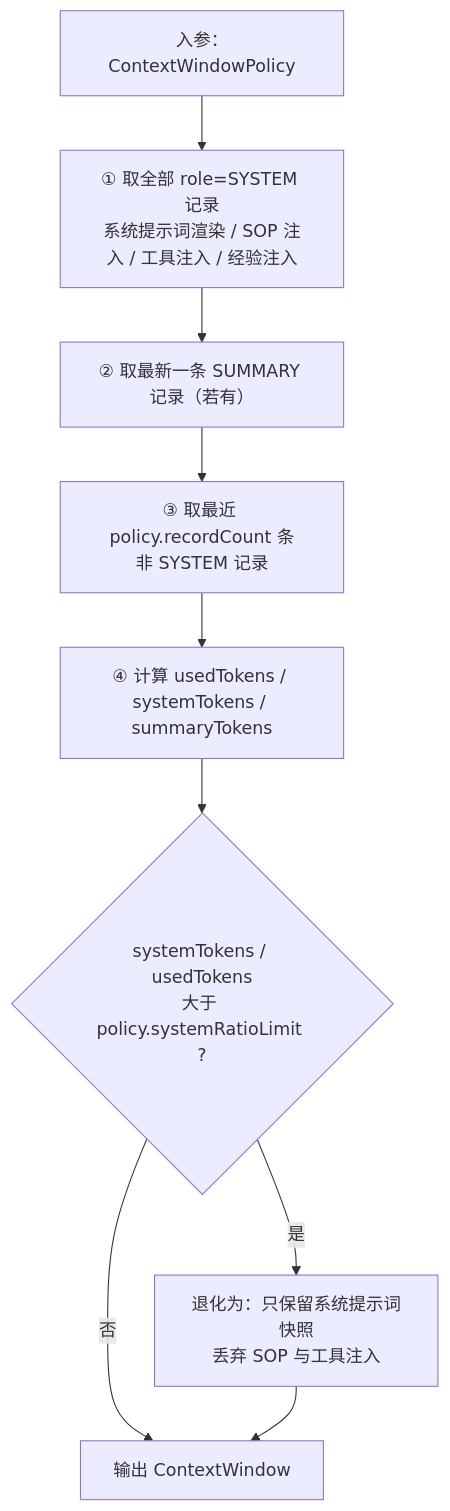
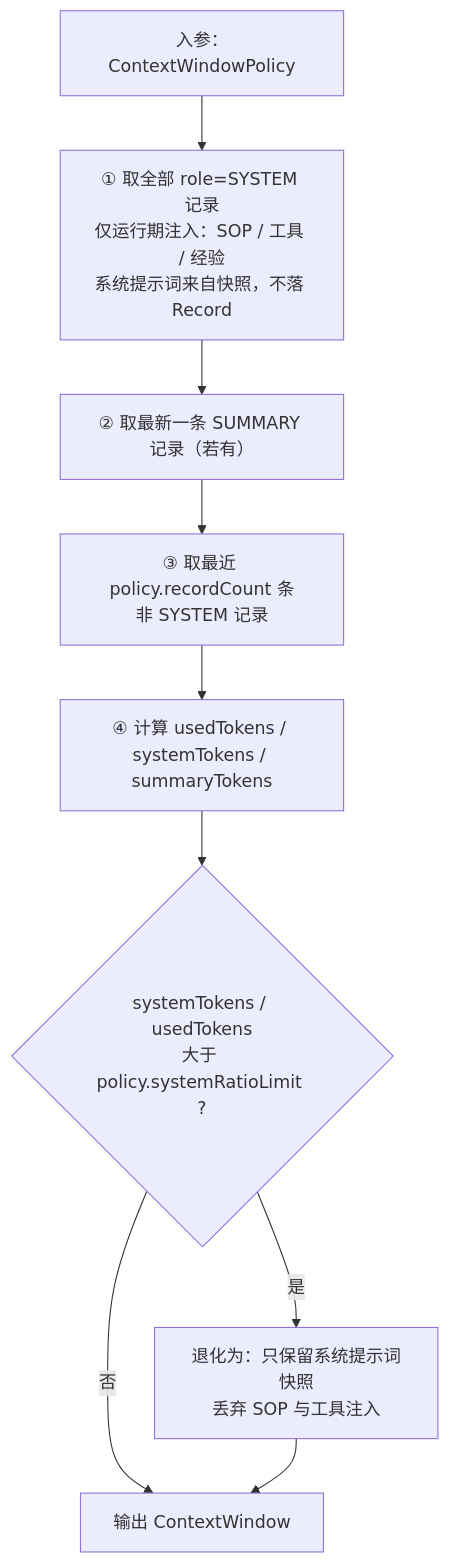
The sixth of 6 diagrams in model/模块-感知.md (zcd0831/Jellyfish-Docs), drawn with Mermaid before and after one commit. The commit also changed other lines of this file and 5 other files, not shown here.

````diff
--- a/model/模块-感知.md
+++ b/model/模块-感知.md
@@ -480,10 +481,10 @@
 ```mermaid
 flowchart TD
-    A[入参：ContextWindowPolicy] --> B[① 取全部 role=SYSTEM 记录<br/>系统提示词渲染 / SOP 注入 / 工具注入 / 经验注入]
+    A[入参：ContextWindowPolicy] --> B[① 取全部 role=SYSTEM 记录<br/>仅运行期注入：SOP / 工具 / 经验<br/>系统提示词来自快照，不落 Record]
     B --> C[② 取最新一条 SUMMARY 记录（若有）]
     C --> D[③ 取最近 policy.recordCount 条<br/>非 SYSTEM 记录]
     D --> E[④ 计算 usedTokens / systemTokens / summaryTokens]
     E --> F{systemTokens / usedTokens<br/>大于 policy.systemRatioLimit ?}
     F -- 否 --> H[输出 ContextWindow]
     F -- 是 --> G[退化为：只保留系统提示词快照<br/>丢弃 SOP 与工具注入] --> H
 ```
````
